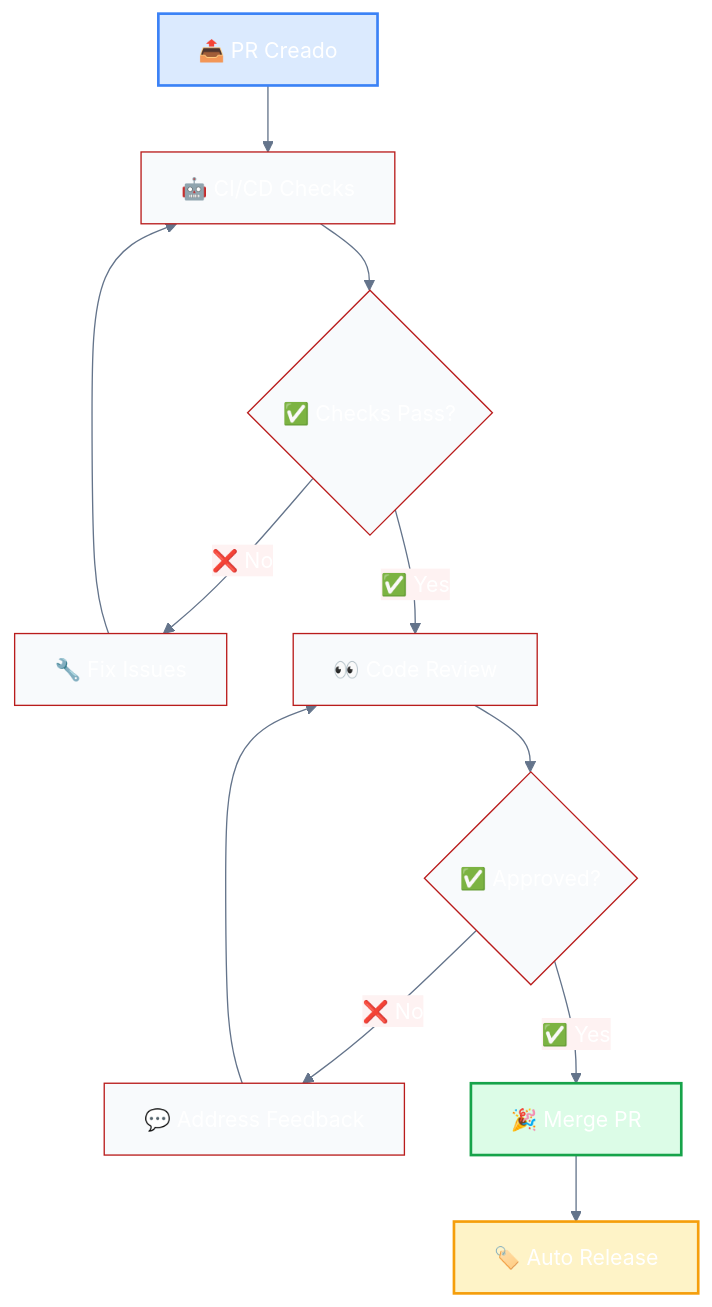
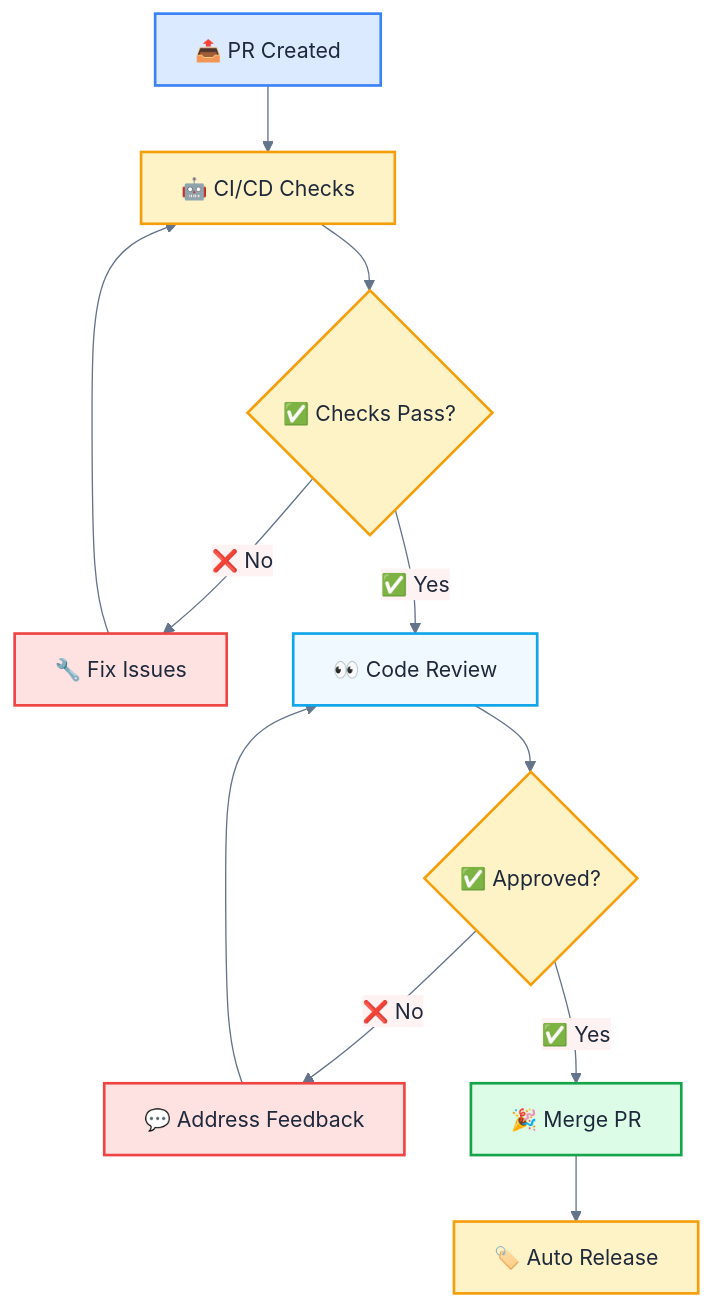
One commit to alexmarco/ls-tree changed the third of 3 diagrams in CONTRIBUTING.md. Above: the diagram before and after it, drawn with Mermaid.

Commit message:
fix(docs): improve Review Process diagram readability
- Fix text color from white to dark gray (#1e293b) for better visibility
- Add explicit color styling to all nodes for consistency
- Translate 'PR Creado' to 'PR Created' for English consistency
- Improve color palette with light backgrounds and dark text
- Ensure diagram matches style of other diagrams in the document

The Review Process diagram now has proper contrast and readability.

````diff
--- a/CONTRIBUTING.md
+++ b/CONTRIBUTING.md
@@ -327,18 +327,24 @@
 ```mermaid
-%%{init: {'theme':'base', 'themeVariables': { 'primaryColor': '#dc2626', 'primaryTextColor': '#ffffff', 'primaryBorderColor': '#b91c1c', 'lineColor': '#64748b', 'secondaryColor': '#fef2f2', 'tertiaryColor': '#fee2e2', 'background': '#ffffff', 'mainBkg': '#f8fafc', 'secondBkg': '#fef2f2', 'tertiaryBkg': '#fee2e2'}}}%%
+%%{init: {'theme':'base', 'themeVariables': { 'primaryColor': '#dc2626', 'primaryTextColor': '#1e293b', 'primaryBorderColor': '#b91c1c', 'lineColor': '#64748b', 'secondaryColor': '#fef2f2', 'tertiaryColor': '#fee2e2', 'background': '#ffffff', 'mainBkg': '#ffffff', 'secondBkg': '#fef2f2', 'tertiaryBkg': '#fee2e2'}}}%%
 graph TD
-    A[📤 PR Creado] --> B[🤖 CI/CD Checks]
+    A[📤 PR Created] --> B[🤖 CI/CD Checks]
     B --> C{✅ Checks Pass?}
     C -->|❌ No| D[🔧 Fix Issues]
     D --> B
     C -->|✅ Yes| E[👀 Code Review]
     E --> F{✅ Approved?}
     F -->|❌ No| G[💬 Address Feedback]
     G --> E
     F -->|✅ Yes| H[🎉 Merge PR]
     H --> I[🏷️ Auto Release]
     
-    style A fill:#dbeafe,stroke:#3b82f6,stroke-width:2px
-    style H fill:#dcfce7,stroke:#16a34a,stroke-width:2px
-    style I fill:#fef3c7,stroke:#f59e0b,stroke-width:2px
+    style A fill:#dbeafe,stroke:#3b82f6,stroke-width:2px,color:#1e293b
+    style B fill:#fef3c7,stroke:#f59e0b,stroke-width:2px,color:#1e293b
+    style C fill:#fef3c7,stroke:#f59e0b,stroke-width:2px,color:#1e293b
+    style D fill:#fee2e2,stroke:#ef4444,stroke-width:2px,color:#1e293b
+    style E fill:#f0f9ff,stroke:#0ea5e9,stroke-width:2px,color:#1e293b
+    style F fill:#fef3c7,stroke:#f59e0b,stroke-width:2px,color:#1e293b
+    style G fill:#fee2e2,stroke:#ef4444,stroke-width:2px,color:#1e293b
+    style H fill:#dcfce7,stroke:#16a34a,stroke-width:2px,color:#1e293b
+    style I fill:#fef3c7,stroke:#f59e0b,stroke-width:2px,color:#1e293b
 ```
````
